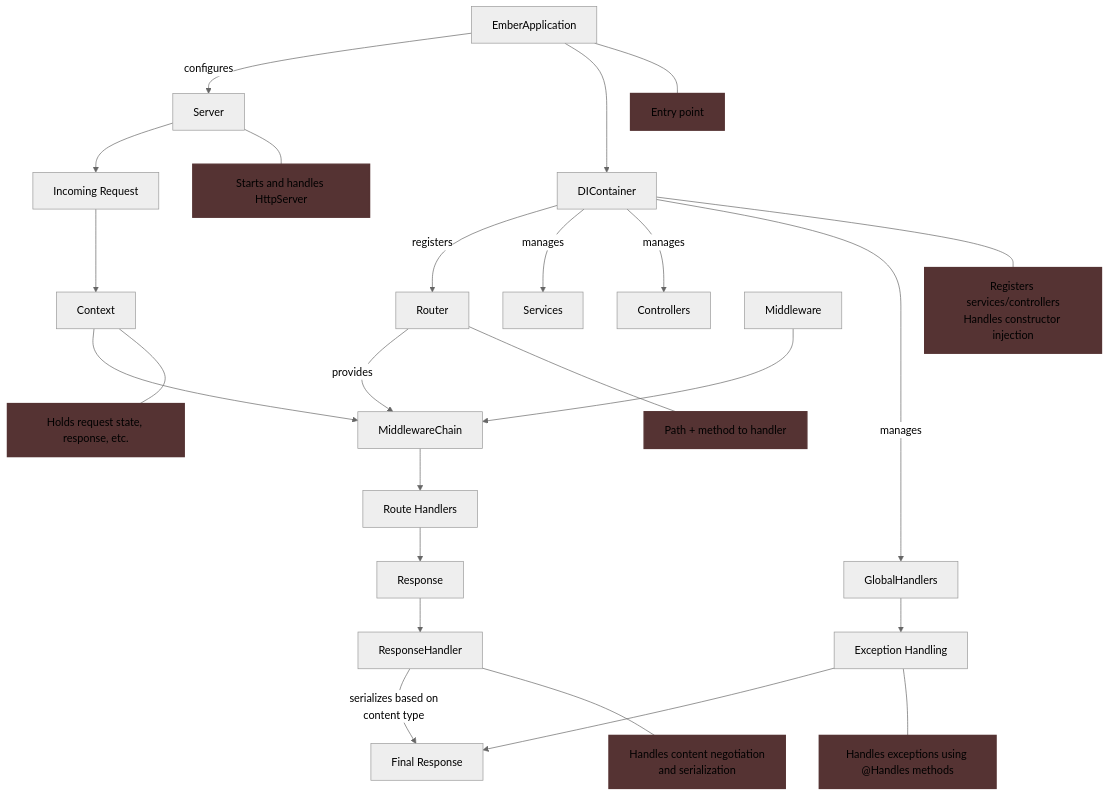
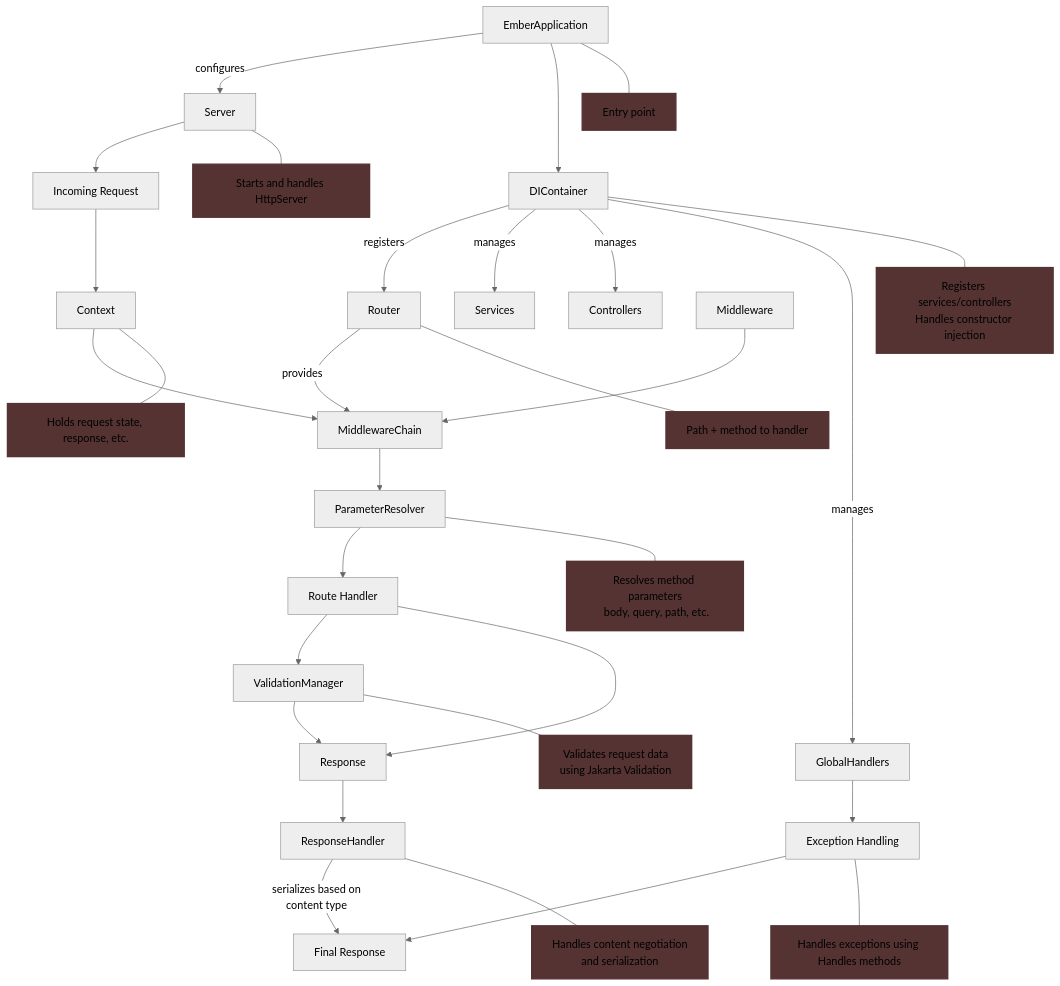
The diagram in README.md (renatompf/ember-project), drawn with Mermaid (neutral theme) before and after one commit. The commit also changed other lines of this file and 107 other files, not shown here.

````diff
--- a/README.md
+++ b/README.md
@@ -14,36 +14,41 @@
 ```mermaid
 flowchart TB
     G[Server] --> H[Incoming Request]
     H --> I[Context]
     I --> D[MiddlewareChain]
 
     A[EmberApplication] --> |configures| G
     A --> B[DIContainer]
 
     B --> |registers| C[Router]
     B --> |manages| Services[Services]
     B --> |manages| Controllers[Controllers]
-    B -->|manages| Handlers[GlobalHandlers]
+    B --> |manages| Handlers[GlobalHandlers]
 
     E[Middleware] --> D
     C --> |provides| D
-    D --> F[Route Handlers]
-    F --> R[Response]
+    D --> P[ParameterResolver]
+    P --> F[Route Handler]
+    F --> V[ValidationManager]
+    V --> R[Response]
+    F --> R
     R --> RH[ResponseHandler]
     RH --> |serializes based on<br/>content type| J[Final Response]
     Handlers --> K[Exception Handling]
     K --> J
 
 %% Add notes/descriptions
     A --- Note1[Entry point]
     B --- Note2[Registers services/controllers<br/>Handles constructor injection]
     C --- Note3[Path + method to handler]
     G --- Note4[Starts and handles HttpServer]
     I --- Note5[Holds request state, response, etc.]
-    K --- Note6[Handles exceptions using @Handles methods]
-RH --- Note7[Handles content negotiation<br/>and serialization]
+    K --- Note6[Handles exceptions using Handles methods]
+    RH --- Note7[Handles content negotiation<br/>and serialization]
+    P --- Note8[Resolves method parameters<br/> body, query, path, etc. ]
+    V --- Note9[Validates request data<br/>using Jakarta Validation]
 
 %% Styling
 classDef note fill:#533,stroke:#533,stroke-width:2px
-class Note1,Note2,Note3,Note4,Note5,Note6,Note7 note
+class Note1,Note2,Note3,Note4,Note5,Note6,Note7,Note8,Note9 note
 ```
````
